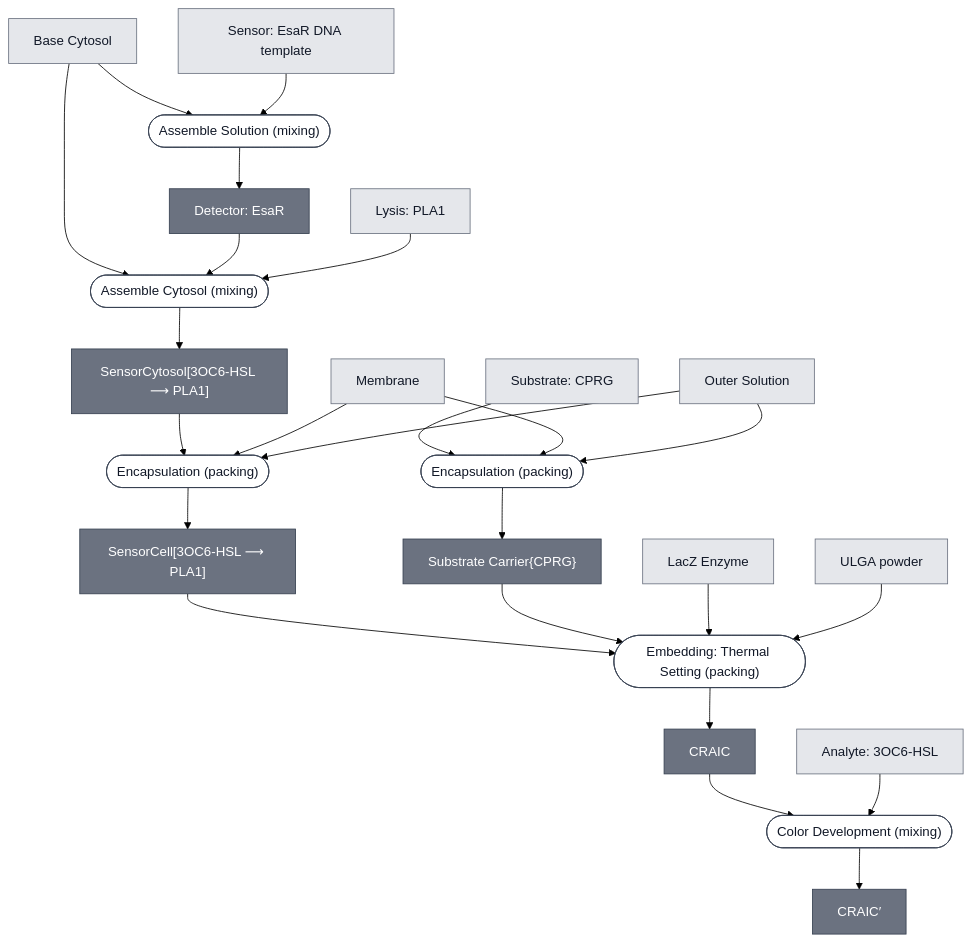
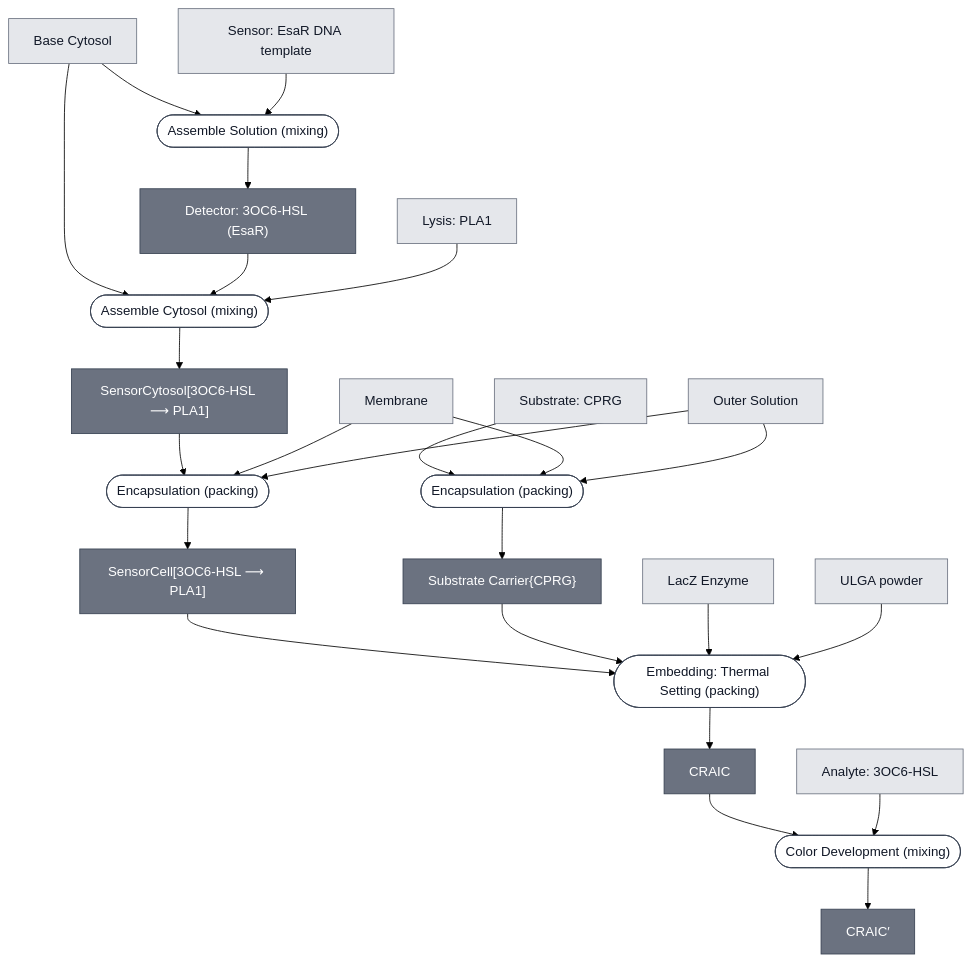
The diagram in docs/modules/craic-cascade/spec.md (nucleus-eng/nucleus-docs), drawn with Mermaid (forest theme) before and after one commit. The commit also changed other lines of this file and 5 other files, not shown here.

First line of the commit message:
Name the EsaR detector for its analyte and its repressor (DQ8n)

````diff
--- a/docs/modules/craic-cascade/spec.md
+++ b/docs/modules/craic-cascade/spec.md
@@ -35,78 +35,78 @@
 ```mermaid
 flowchart TD
     BASE_CYTOSOL["Base Cytosol"]
     ESAR_DNA["Sensor: EsaR DNA template"]
     EFFECTOR_PLA1["Lysis: PLA1"]
     MEMBRANE_CRAIC["Membrane"]
     OUTER_SOLUTION["Outer Solution"]
     SUBSTRATE_CPRG["Substrate: CPRG"]
     REPORTER_LACZ_ENZYME["LacZ Enzyme"]
     ULGA_POWDER["ULGA powder"]
     ANALYTE_3OC6_HSL["Analyte: 3OC6-HSL"]
 
     P1_EXPRESS_REPRESSOR_0(["Assemble Solution (mixing)"])
-    DETECTOR_ESAR["Detector: EsaR"]
+    DETECTOR_ESAR["Detector: 3OC6-HSL (EsaR)"]
     P2_ASSEMBLE_CYTOSOL_0(["Assemble Cytosol (mixing)"])
     CRAIC_SENSOR_CYTOSOL["SensorCytosol[3OC6-HSL ⟶ PLA1]"]
     P3_ENCAPSULATE_SENSING_0(["Encapsulation (packing)"])
     CRAIC_SENSING_CELL["SensorCell[3OC6-HSL ⟶ PLA1]"]
     P4_ENCAPSULATE_SUBSTRATE_0(["Encapsulation (packing)"])
     CRAIC_SUBSTRATE_CARRIER["Substrate Carrier{CPRG}"]
     P5_EMBED_ULGA_0(["Embedding: Thermal Setting (packing)"])
     CRAIC_CASCADE["CRAIC"]
     P6_DEVELOP_0(["Color Development (mixing)"])
     CRAIC_CASCADE_DEVELOPED["CRAIC′"]
 
     BASE_CYTOSOL --> P1_EXPRESS_REPRESSOR_0
     ESAR_DNA --> P1_EXPRESS_REPRESSOR_0
     P1_EXPRESS_REPRESSOR_0 --> DETECTOR_ESAR
 
     BASE_CYTOSOL --> P2_ASSEMBLE_CYTOSOL_0
     DETECTOR_ESAR --> P2_ASSEMBLE_CYTOSOL_0
     EFFECTOR_PLA1 --> P2_ASSEMBLE_CYTOSOL_0
     P2_ASSEMBLE_CYTOSOL_0 --> CRAIC_SENSOR_CYTOSOL
 
     CRAIC_SENSOR_CYTOSOL --> P3_ENCAPSULATE_SENSING_0
     MEMBRANE_CRAIC --> P3_ENCAPSULATE_SENSING_0
     OUTER_SOLUTION --> P3_ENCAPSULATE_SENSING_0
     P3_ENCAPSULATE_SENSING_0 --> CRAIC_SENSING_CELL
 
     SUBSTRATE_CPRG --> P4_ENCAPSULATE_SUBSTRATE_0
     MEMBRANE_CRAIC --> P4_ENCAPSULATE_SUBSTRATE_0
     OUTER_SOLUTION --> P4_ENCAPSULATE_SUBSTRATE_0
     P4_ENCAPSULATE_SUBSTRATE_0 --> CRAIC_SUBSTRATE_CARRIER
 
     CRAIC_SENSING_CELL --> P5_EMBED_ULGA_0
     CRAIC_SUBSTRATE_CARRIER --> P5_EMBED_ULGA_0
     REPORTER_LACZ_ENZYME --> P5_EMBED_ULGA_0
     ULGA_POWDER --> P5_EMBED_ULGA_0
     P5_EMBED_ULGA_0 --> CRAIC_CASCADE
 
     CRAIC_CASCADE --> P6_DEVELOP_0
     ANALYTE_3OC6_HSL --> P6_DEVELOP_0
     P6_DEVELOP_0 --> CRAIC_CASCADE_DEVELOPED
 
 
     classDef leaf     fill:#e5e7eb,stroke:#6b7280,color:#111827;
     classDef composed fill:#6b7280,stroke:#374151,color:#ffffff;
     classDef process  fill:#ffffff,stroke:#374151,color:#111827;
     class BASE_CYTOSOL,ESAR_DNA,EFFECTOR_PLA1,MEMBRANE_CRAIC,OUTER_SOLUTION,SUBSTRATE_CPRG,REPORTER_LACZ_ENZYME,ULGA_POWDER,ANALYTE_3OC6_HSL leaf;
     class DETECTOR_ESAR,CRAIC_SENSOR_CYTOSOL,CRAIC_SENSING_CELL,CRAIC_SUBSTRATE_CARRIER,CRAIC_CASCADE,CRAIC_CASCADE_DEVELOPED composed;
     class P1_EXPRESS_REPRESSOR_0,P2_ASSEMBLE_CYTOSOL_0,P3_ENCAPSULATE_SENSING_0,P4_ENCAPSULATE_SUBSTRATE_0,P5_EMBED_ULGA_0,P6_DEVELOP_0 process;
 
     click BASE_CYTOSOL "/docs/modules/base-cytosol/spec"
     click EFFECTOR_PLA1 "/docs/modules/effector-pla1/spec"
     click OUTER_SOLUTION "/docs/modules/outer-solution/spec"
     click SUBSTRATE_CPRG "/docs/modules/substrate-cprg/spec"
     click REPORTER_LACZ_ENZYME "/docs/modules/reporter-lacz-enzyme/spec"
     click ULGA_POWDER "/docs/modules/gel-ulga/spec"
     click ANALYTE_3OC6_HSL "/docs/modules/analyte-3oc6-hsl/spec"
     click P1_EXPRESS_REPRESSOR_0 "/docs/processes/assemble-cytosol/assemble-cytosol-main"
     click DETECTOR_ESAR "/docs/modules/detector-esar/spec"
     click P2_ASSEMBLE_CYTOSOL_0 "/docs/processes/assemble-cytosol/assemble-cytosol-main"
     click P3_ENCAPSULATE_SENSING_0 "/docs/processes/encapsulate/main"
     click P4_ENCAPSULATE_SUBSTRATE_0 "/docs/processes/encapsulate/main"
     click P5_EMBED_ULGA_0 "/docs/processes/embed-thermal-setting/main"
     click CRAIC_CASCADE "/docs/modules/craic-cascade/spec"
     click P6_DEVELOP_0 "/docs/processes/color-development/main"
 ```
````
